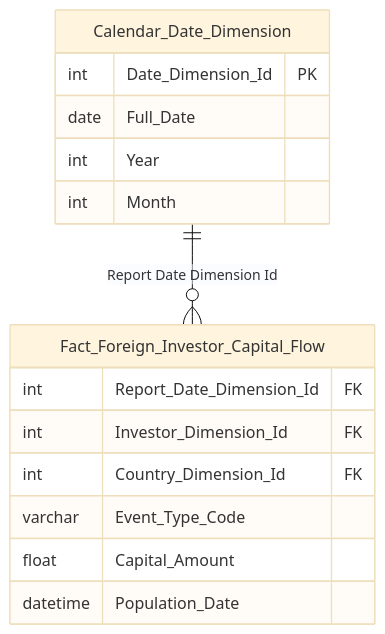
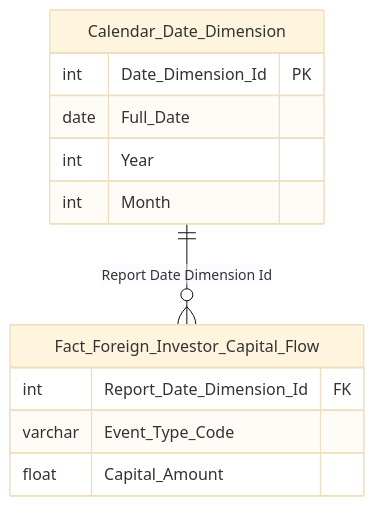
One commit to linhlvit/ubck_atomic_design changed the tenth of 34 diagrams in Datamart/hld/DTM_NDTNN_HLD.md. Above: the diagram before and after it, drawn with Mermaid (base theme). The commit also changed other lines of this file and 10 other files, not shown here.

````diff
--- a/Datamart/hld/DTM_NDTNN_HLD.md
+++ b/Datamart/hld/DTM_NDTNN_HLD.md
@@ -499,19 +495,16 @@
 ```mermaid
 erDiagram
     Calendar_Date_Dimension {
         int Date_Dimension_Id PK
         date Full_Date
         int Year
         int Month
     }
     Fact_Foreign_Investor_Capital_Flow {
         int Report_Date_Dimension_Id FK
-        int Investor_Dimension_Id FK
-        int Country_Dimension_Id FK
         varchar Event_Type_Code
         float Capital_Amount
-        datetime Population_Date
     }
 
     Calendar_Date_Dimension ||--o{ Fact_Foreign_Investor_Capital_Flow : "Report Date Dimension Id"
 ```
````
